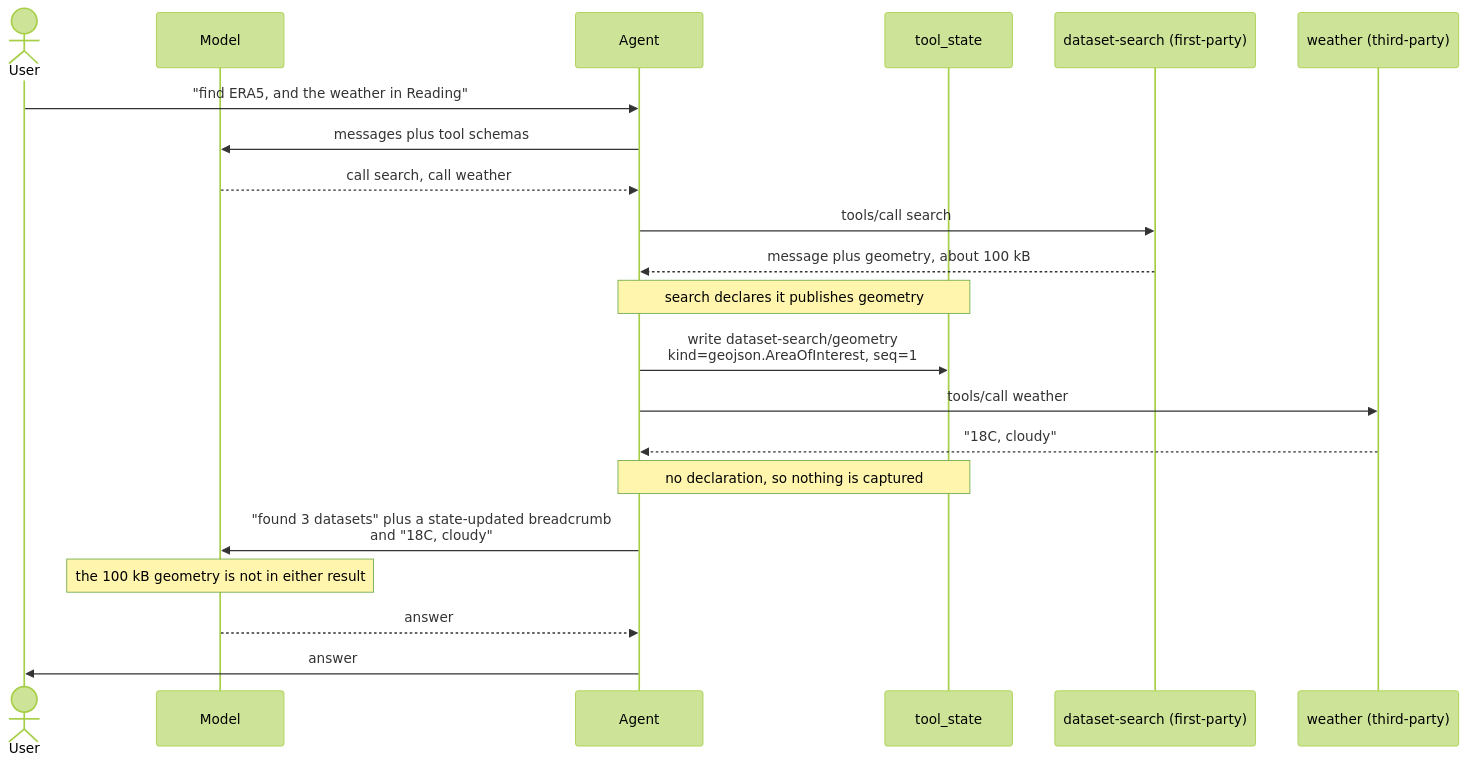
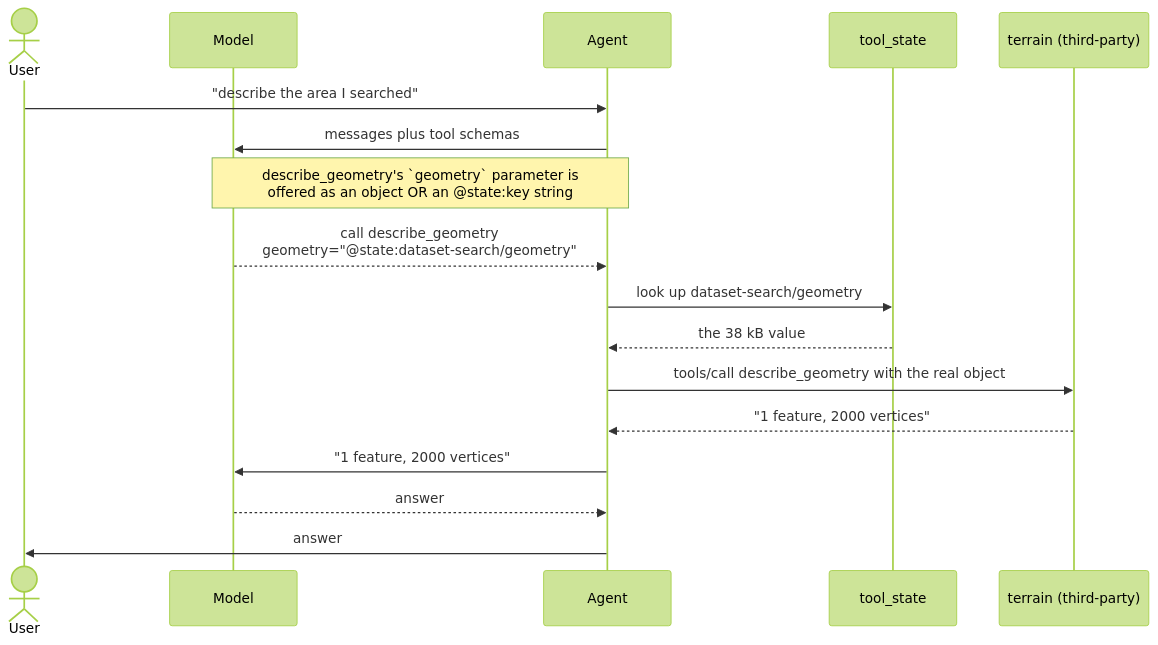
The first of 2 diagrams in docs/SESSION-STATE.md (developmentseed/mcp-toolsets-runtime), drawn with Mermaid (forest theme) before and after one commit. The commit also changed other lines of this file and 25 other files, not shown here.

````diff
--- a/docs/SESSION-STATE.md
+++ b/docs/SESSION-STATE.md
@@ -99,27 +39,21 @@
 ```mermaid
 sequenceDiagram
     actor U as User
     participant M as Model
     participant A as Agent
     participant S as tool_state
-    participant D as dataset-search (first-party)
-    participant W as weather (third-party)
+    participant F as terrain (third-party)
 
-    U->>A: "find ERA5, and the weather in Reading"
+    U->>A: "describe the area I searched"
     A->>M: messages plus tool schemas
-    M-->>A: call search, call weather
+    Note over A,M: describe_geometry's `geometry` parameter is<br/>offered as an object OR an @state:key string
 
-    A->>D: tools/call search
-    D-->>A: message plus geometry, about 100 kB
-    Note over A,S: search declares it publishes geometry
-    A->>S: write dataset-search/geometry<br/>kind=geojson.AreaOfInterest, seq=1
-
-    A->>W: tools/call weather
-    W-->>A: "18C, cloudy"
-    Note over A,S: no declaration, so nothing is captured
-
-    A->>M: "found 3 datasets" plus a state-updated breadcrumb<br/>and "18C, cloudy"
-    Note over M: the 100 kB geometry is not in either result
+    M-->>A: call describe_geometry<br/>geometry="@state:dataset-search/geometry"
+    A->>S: look up dataset-search/geometry
+    S-->>A: the 38 kB value
+    A->>F: tools/call describe_geometry with the real object
+    F-->>A: "1 feature, 2000 vertices"
+    A->>M: "1 feature, 2000 vertices"
     M-->>A: answer
     A->>U: answer
 ```
````
